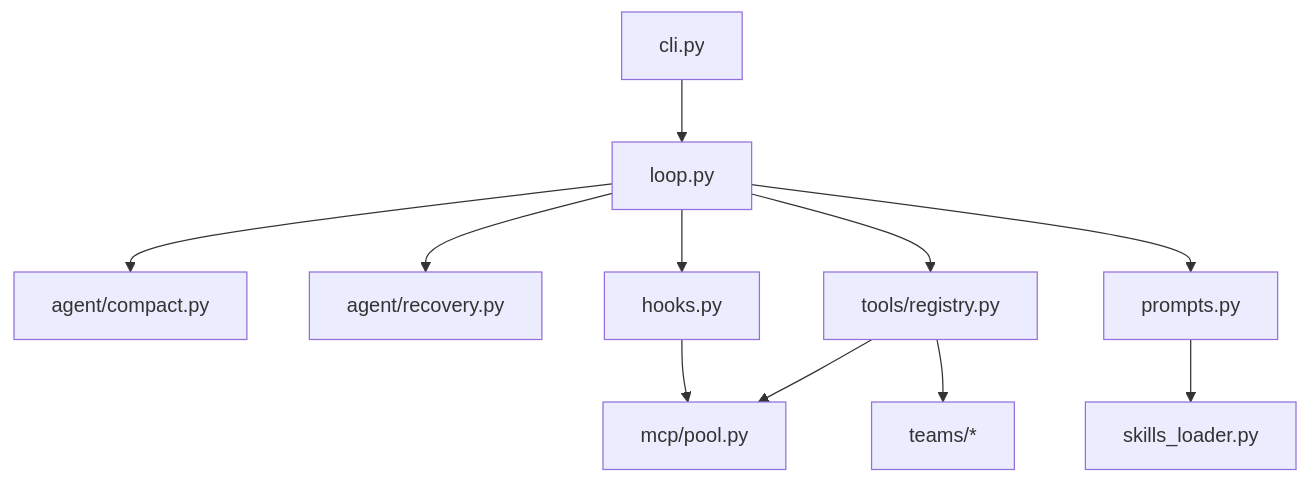
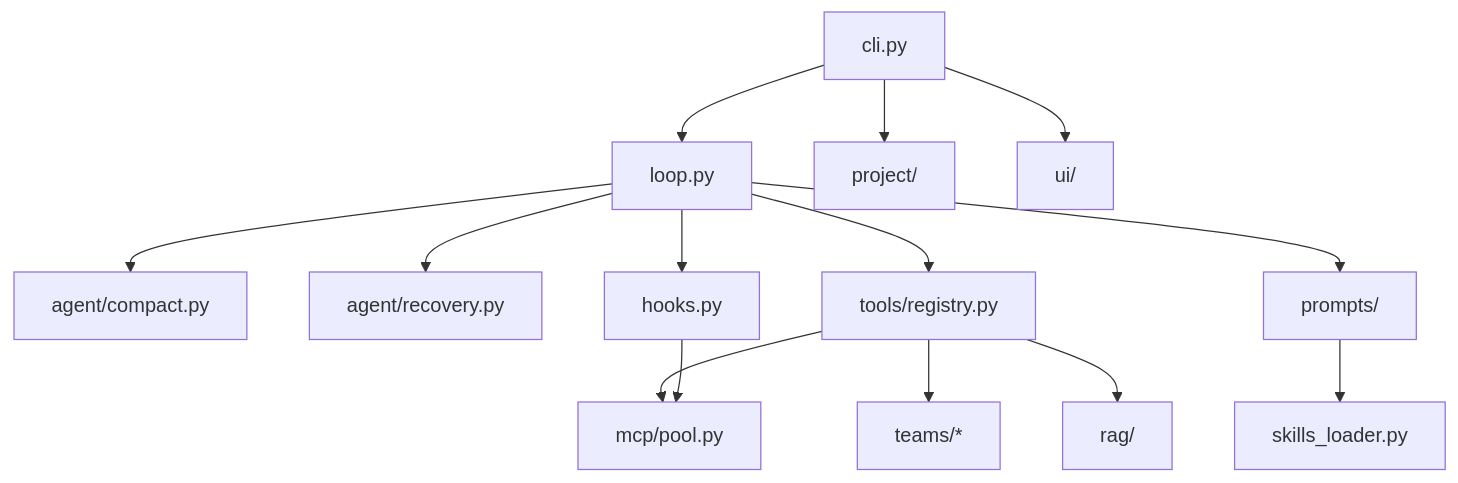
One commit to 1074739572/claude-code_exchange changed the diagram in ARCHITECTURE.md. Above: the diagram before and after it, drawn with Mermaid. The commit also changed other lines of this file and 4 other files, not shown here.

First line of the commit message:
docs: 重写 README/架构说明，去掉固定改进路线图

````diff
--- a/ARCHITECTURE.md
+++ b/ARCHITECTURE.md
@@ -75,13 +72,16 @@
 ```mermaid
 flowchart TB
     CLI[cli.py] --> LOOP[loop.py]
     LOOP --> COMPACT[agent/compact.py]
     LOOP --> RECOVERY[agent/recovery.py]
     LOOP --> REGISTRY[tools/registry.py]
     REGISTRY --> MCP[mcp/pool.py]
     REGISTRY --> TEAMS[teams/*]
     LOOP --> HOOKS[hooks.py]
     HOOKS --> MCP
-    LOOP --> PROMPTS[prompts.py]
+    LOOP --> PROMPTS[prompts/]
     PROMPTS --> SKILLS[skills_loader.py]
+    CLI --> PROJECT[project/]
+    CLI --> UI[ui/]
+    REGISTRY --> RAG[rag/]
 ```
````
